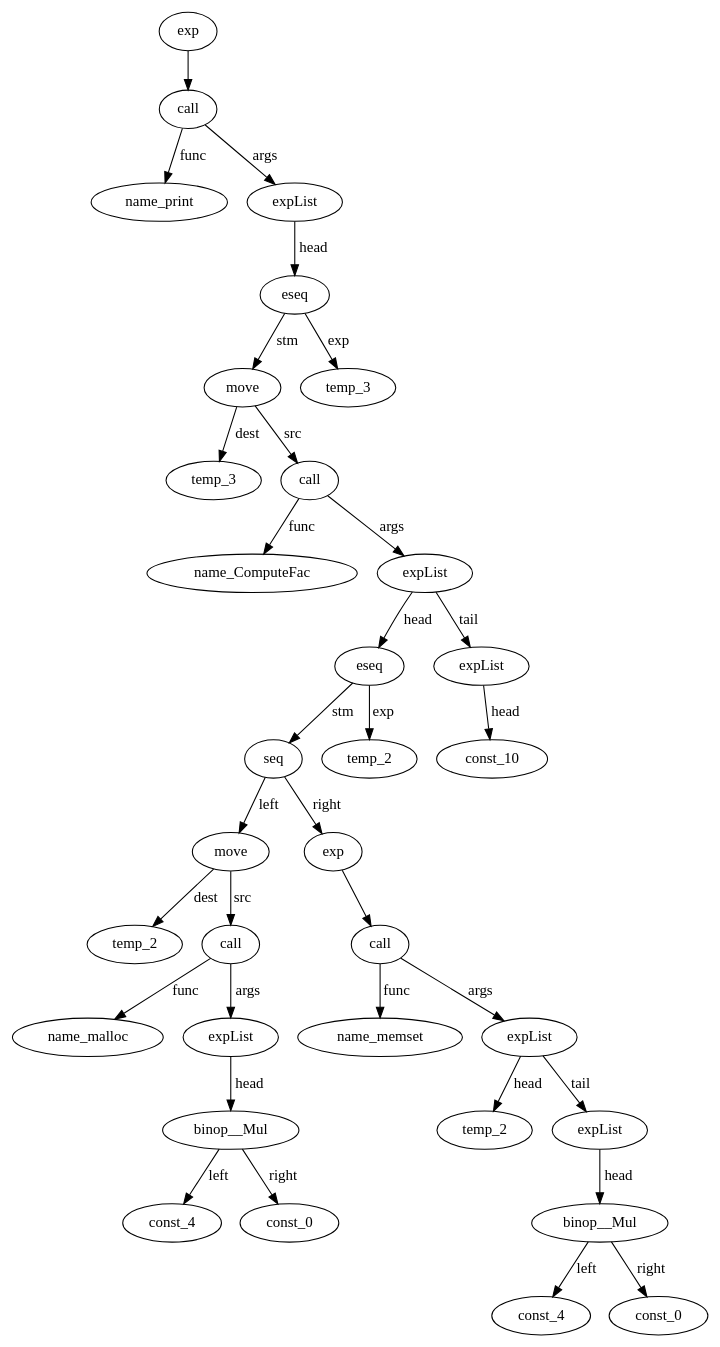
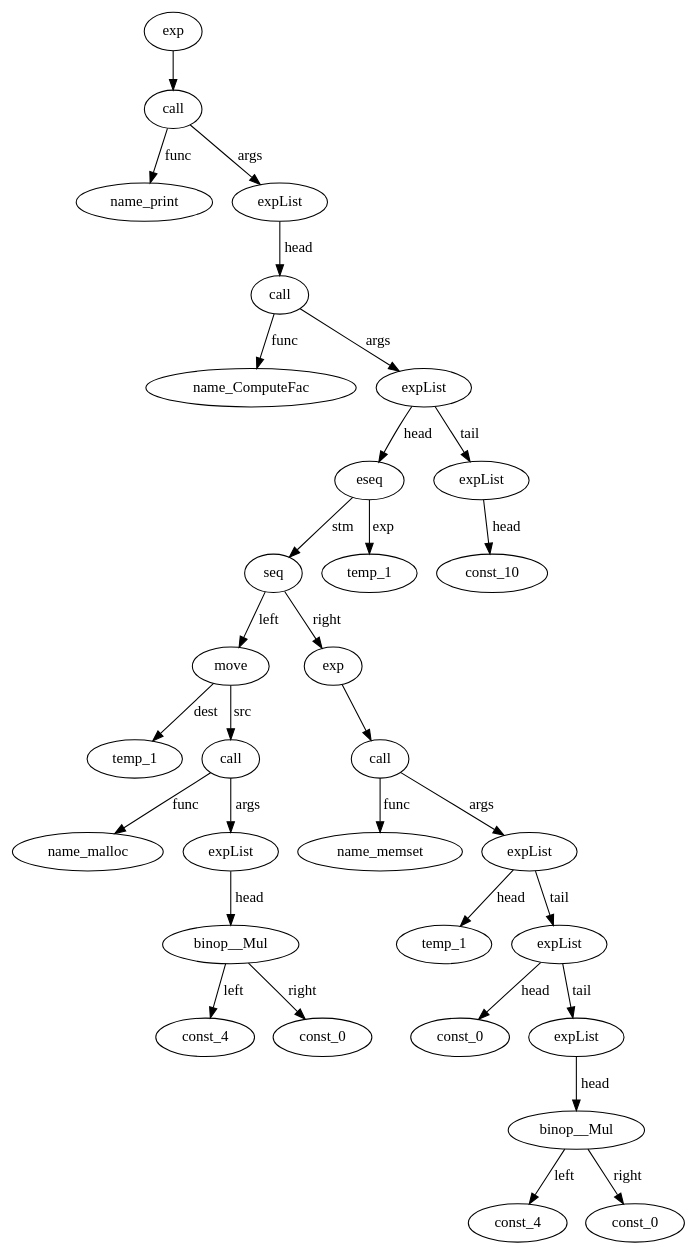
Before and after one commit to AnnaSavinova/GirlsHeapCompiler: the diagram in Compiler/Compiler/IRTree_Factorial___main.dot, drawn with Graphviz. The commit also changed 7 other files, not shown here.

Commit message:
added printing binop to cjump, fixed method call, tryed to fix new int and constructor (mal000lloc)

```diff
--- a/Compiler/Compiler/IRTree_Factorial___main.dot
+++ b/Compiler/Compiler/IRTree_Factorial___main.dot
@@ -1,68 +1,64 @@
 digraph {
 name_print__id_0 [ label="name_print" ]; 
-temp_3__id_1 [ label="temp_3" ]; 
-name_ComputeFac__id_2 [ label="name_ComputeFac" ]; 
-temp_2__id_3 [ label="temp_2" ]; 
-name_malloc__id_4 [ label="name_malloc" ]; 
-const_4__id_5 [ label="const_4" ]; 
-const_0__id_6 [ label="const_0" ]; 
-binop__Mul__id_7 [ label="binop__Mul" ]; 
-binop__Mul__id_7 -> const_0__id_6 [ label="right"] ; 
-binop__Mul__id_7 -> const_4__id_5 [ label="left"] ; 
-expList__id_8 [ label="expList" ]; 
-expList__id_8 -> binop__Mul__id_7 [ label="head"] ; 
-call__id_9 [ label="call" ]; 
-call__id_9 -> name_malloc__id_4 [ label="func"] ; 
-call__id_9 -> expList__id_8 [ label="args"] ; 
-move__id_10 [ label="move" ]; 
-move__id_10 -> temp_2__id_3 [ label="dest"] ; 
-move__id_10 -> call__id_9 [ label="src"] ; 
-name_memset__id_11 [ label="name_memset" ]; 
-temp_2__id_12 [ label="temp_2" ]; 
+name_ComputeFac__id_1 [ label="name_ComputeFac" ]; 
+temp_1__id_2 [ label="temp_1" ]; 
+name_malloc__id_3 [ label="name_malloc" ]; 
+const_4__id_4 [ label="const_4" ]; 
+const_0__id_5 [ label="const_0" ]; 
+binop__Mul__id_6 [ label="binop__Mul" ]; 
+binop__Mul__id_6 -> const_0__id_5 [ label="right"] ; 
+binop__Mul__id_6 -> const_4__id_4 [ label="left"] ; 
+expList__id_7 [ label="expList" ]; 
+expList__id_7 -> binop__Mul__id_6 [ label="head"] ; 
+call__id_8 [ label="call" ]; 
+call__id_8 -> name_malloc__id_3 [ label="func"] ; 
+call__id_8 -> expList__id_7 [ label="args"] ; 
+move__id_9 [ label="move" ]; 
+move__id_9 -> temp_1__id_2 [ label="dest"] ; 
+move__id_9 -> call__id_8 [ label="src"] ; 
+name_memset__id_10 [ label="name_memset" ]; 
+temp_1__id_11 [ label="temp_1" ]; 
+const_0__id_12 [ label="const_0" ]; 
 const_4__id_13 [ label="const_4" ]; 
 const_0__id_14 [ label="const_0" ]; 
 binop__Mul__id_15 [ label="binop__Mul" ]; 
 binop__Mul__id_15 -> const_0__id_14 [ label="right"] ; 
 binop__Mul__id_15 -> const_4__id_13 [ label="left"] ; 
 expList__id_16 [ label="expList" ]; 
 expList__id_16 -> binop__Mul__id_15 [ label="head"] ; 
 expList__id_17 [ label="expList" ]; 
-expList__id_17 -> temp_2__id_12 [ label="head"] ; 
+expList__id_17 -> const_0__id_12 [ label="head"] ; 
 expList__id_17 -> expList__id_16 [ label="tail"] ; 
-call__id_18 [ label="call" ]; 
-call__id_18 -> name_memset__id_11 [ label="func"] ; 
-call__id_18 -> expList__id_17 [ label="args"] ; 
-exp__id_19 [ label="exp" ]; 
-exp__id_19 -> call__id_18 ; 
-seq__id_20 [ label="seq" ]; 
-seq__id_20 -> move__id_10 [ label="left"] ; 
-seq__id_20 -> exp__id_19 [ label="right"] ; 
-temp_2__id_21 [ label="temp_2" ]; 
-eseq__id_22 [ label="eseq" ]; 
-eseq__id_22 -> temp_2__id_21 [ label="exp"] ; 
-eseq__id_22 -> seq__id_20 [ label="stm"] ; 
-const_10__id_23 [ label="const_10" ]; 
-expList__id_24 [ label="expList" ]; 
-expList__id_24 -> const_10__id_23 [ label="head"] ; 
+expList__id_18 [ label="expList" ]; 
+expList__id_18 -> temp_1__id_11 [ label="head"] ; 
+expList__id_18 -> expList__id_17 [ label="tail"] ; 
+call__id_19 [ label="call" ]; 
+call__id_19 -> name_memset__id_10 [ label="func"] ; 
+call__id_19 -> expList__id_18 [ label="args"] ; 
+exp__id_20 [ label="exp" ]; 
+exp__id_20 -> call__id_19 ; 
+seq__id_21 [ label="seq" ]; 
+seq__id_21 -> move__id_9 [ label="left"] ; 
+seq__id_21 -> exp__id_20 [ label="right"] ; 
+temp_1__id_22 [ label="temp_1" ]; 
+eseq__id_23 [ label="eseq" ]; 
+eseq__id_23 -> temp_1__id_22 [ label="exp"] ; 
+eseq__id_23 -> seq__id_21 [ label="stm"] ; 
+const_10__id_24 [ label="const_10" ]; 
 expList__id_25 [ label="expList" ]; 
-expList__id_25 -> eseq__id_22 [ label="head"] ; 
-expList__id_25 -> expList__id_24 [ label="tail"] ; 
-call__id_26 [ label="call" ]; 
-call__id_26 -> name_ComputeFac__id_2 [ label="func"] ; 
-call__id_26 -> expList__id_25 [ label="args"] ; 
-move__id_27 [ label="move" ]; 
-move__id_27 -> temp_3__id_1 [ label="dest"] ; 
-move__id_27 -> call__id_26 [ label="src"] ; 
-temp_3__id_28 [ label="temp_3" ]; 
-eseq__id_29 [ label="eseq" ]; 
-eseq__id_29 -> temp_3__id_28 [ label="exp"] ; 
-eseq__id_29 -> move__id_27 [ label="stm"] ; 
-expList__id_30 [ label="expList" ]; 
-expList__id_30 -> eseq__id_29 [ label="head"] ; 
-call__id_31 [ label="call" ]; 
-call__id_31 -> name_print__id_0 [ label="func"] ; 
-call__id_31 -> expList__id_30 [ label="args"] ; 
-exp__id_32 [ label="exp" ]; 
-exp__id_32 -> call__id_31 ; 
+expList__id_25 -> const_10__id_24 [ label="head"] ; 
+expList__id_26 [ label="expList" ]; 
+expList__id_26 -> eseq__id_23 [ label="head"] ; 
+expList__id_26 -> expList__id_25 [ label="tail"] ; 
+call__id_27 [ label="call" ]; 
+call__id_27 -> name_ComputeFac__id_1 [ label="func"] ; 
+call__id_27 -> expList__id_26 [ label="args"] ; 
+expList__id_28 [ label="expList" ]; 
+expList__id_28 -> call__id_27 [ label="head"] ; 
+call__id_29 [ label="call" ]; 
+call__id_29 -> name_print__id_0 [ label="func"] ; 
+call__id_29 -> expList__id_28 [ label="args"] ; 
+exp__id_30 [ label="exp" ]; 
+exp__id_30 -> call__id_29 ; 
 
 }
```
